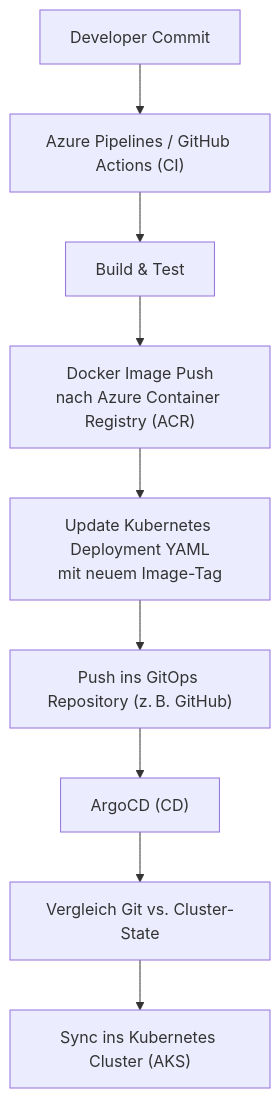
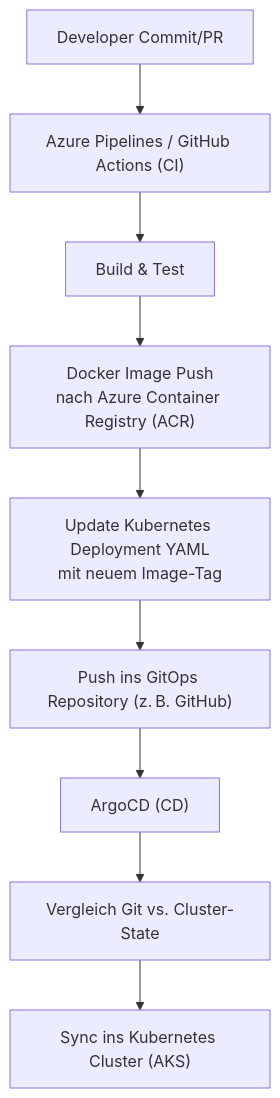
The diagram in Aufgabe2/Cloud & DevOps.md (pposch/Architekturentwurf), drawn with Mermaid before and after one commit.

Commit message:
Update Cloud & DevOps.md

````diff
--- a/Aufgabe2/Cloud & DevOps.md
+++ b/Aufgabe2/Cloud & DevOps.md
@@ -15,11 +15,11 @@
 ```mermaid
 flowchart TD
-    A[Developer Commit] --> B["Azure Pipelines / GitHub Actions (CI)"]
+    A[Developer Commit/PR] --> B["Azure Pipelines / GitHub Actions (CI)"]
     B --> C[Build & Test]
     C --> D["Docker Image Push<br>nach Azure Container Registry (ACR)"]
     D --> E["Update Kubernetes Deployment YAML<br>mit neuem Image-Tag"]
     E --> F["Push ins GitOps Repository (z. B. GitHub)"]
     F --> G["ArgoCD (CD)"]
     G --> H[Vergleich Git vs. Cluster-State]
     H --> I["Sync ins Kubernetes Cluster (AKS)"]
 ```
````
